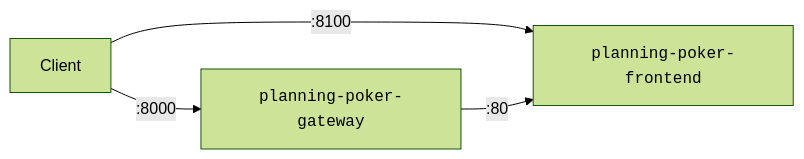
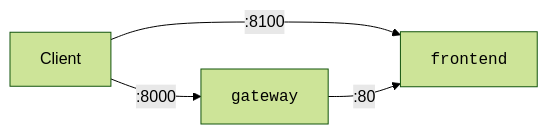
Before and after one commit to bvfnbk/planning-poker: the first of 2 diagrams in README.md, drawn with Mermaid (forest theme). The commit also changed other lines of this file and 20 other files, not shown here.

````diff
--- a/README.md
+++ b/README.md
@@ -80,9 +84,9 @@
 ```mermaid
 flowchart LR
-  Frontend["<code>planning-poker-frontend</code>"]
-  Gateway["<code>planning-poker-gateway</code>"]
+  Frontend["<code>frontend</code>"]
+  Gateway["<code>gateway</code>"]
   Client
   Client -- :8000 --> Gateway
   Client -- :8100 --> Frontend
   Gateway -- :80 --> Frontend
 ```
````
